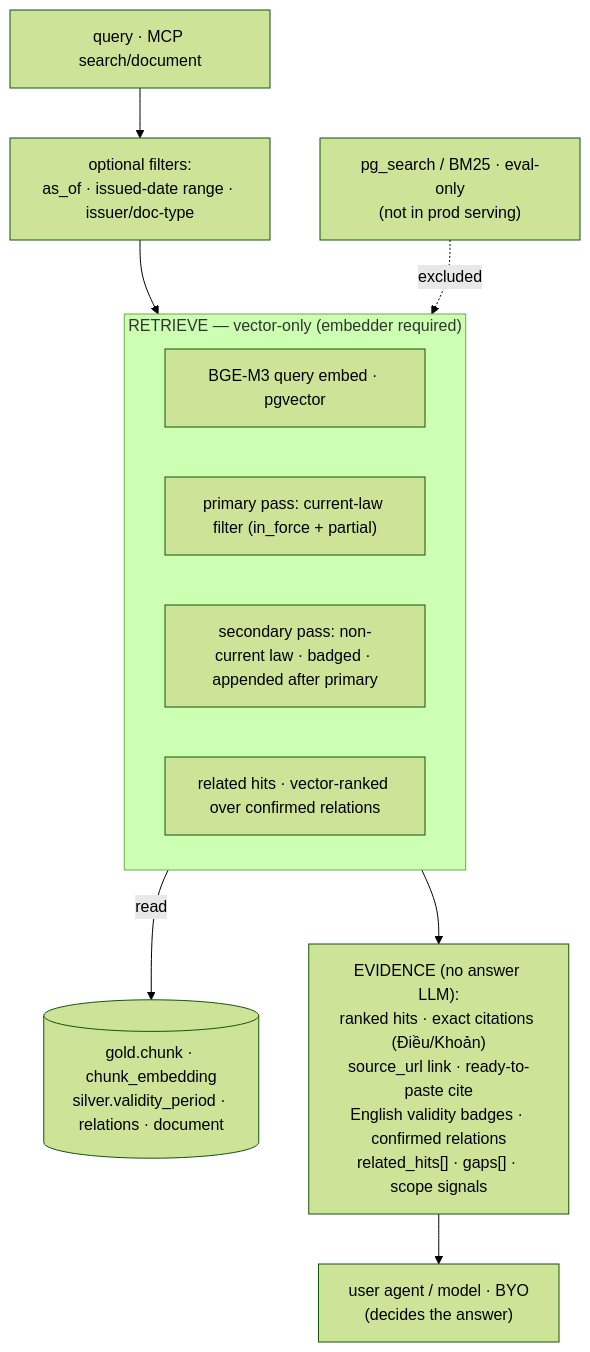
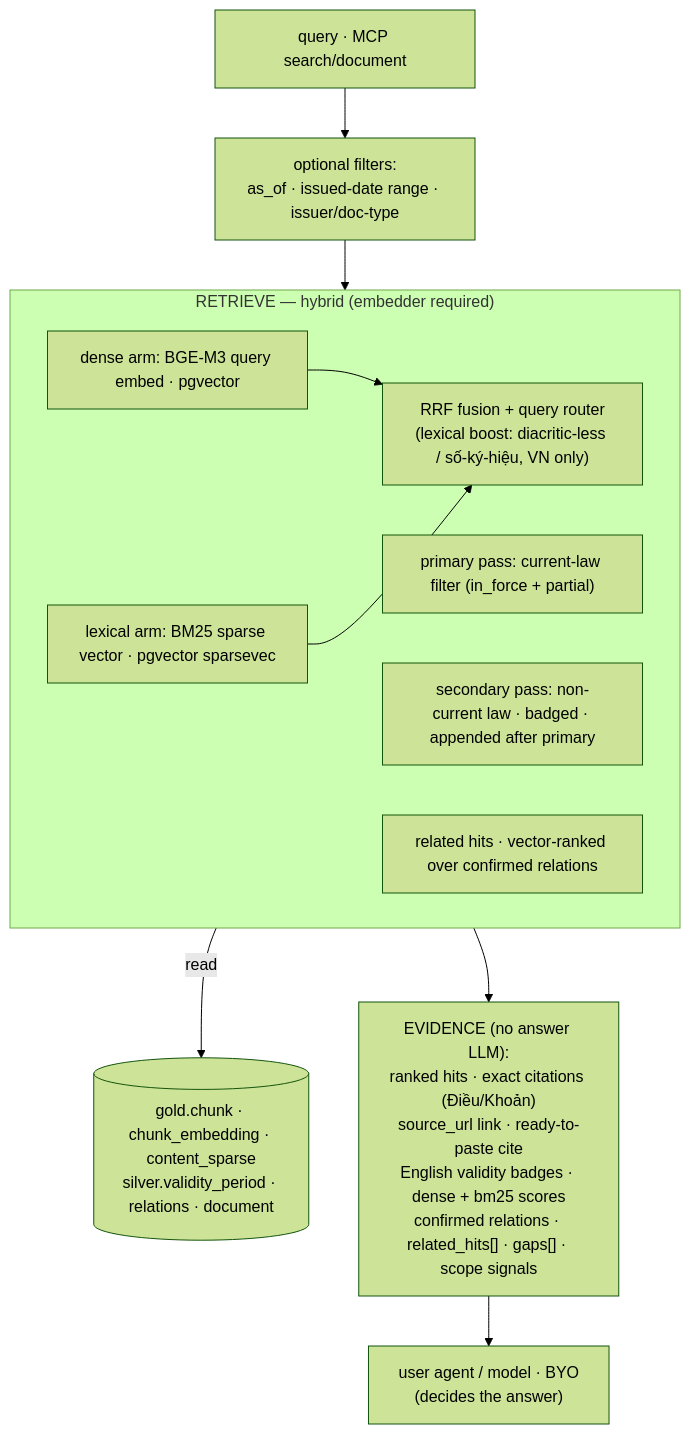
One commit to dannyota/banhmi changed the second of 2 diagrams in docs/design/PIPELINE.md. Above: the diagram before and after it, drawn with Mermaid (forest theme). The commit also changed other lines of this file and 8 other files, not shown here.

First line of the commit message:
docs: refresh design docs to current state — hybrid retrieval, no OVMS default, schema columns

````diff
--- a/docs/design/PIPELINE.md
+++ b/docs/design/PIPELINE.md
@@ -172,15 +173,18 @@
 ```mermaid
 graph TD
   Q["query · MCP search/document"] --> FILT["optional filters:<br/>as_of · issued-date range · issuer/doc-type"]
   FILT --> RET
-  subgraph RET["RETRIEVE — vector-only (embedder required)"]
-    VE["BGE-M3 query embed · pgvector"]
+  subgraph RET["RETRIEVE — hybrid (embedder required)"]
+    VE["dense arm: BGE-M3 query embed · pgvector"]
+    SP["lexical arm: BM25 sparse vector · pgvector sparsevec"]
+    RR["RRF fusion + query router<br/>(lexical boost: diacritic-less / số-ký-hiệu, VN only)"]
     PF["primary pass: current-law filter (in_force + partial)"]
     NC["secondary pass: non-current law · badged · appended after primary"]
     RL["related hits · vector-ranked over confirmed relations"]
+    VE --> RR
+    SP --> RR
   end
-  RET -->|read| G2[("gold.chunk · chunk_embedding<br/>silver.validity_period · relations · document")]
-  RET --> OUT["EVIDENCE (no answer LLM):<br/>ranked hits · exact citations (Điều/Khoản)<br/>source_url link · ready-to-paste cite<br/>English validity badges · confirmed relations<br/>related_hits[] · gaps[] · scope signals"]
+  RET -->|read| G2[("gold.chunk · chunk_embedding · content_sparse<br/>silver.validity_period · relations · document")]
+  RET --> OUT["EVIDENCE (no answer LLM):<br/>ranked hits · exact citations (Điều/Khoản)<br/>source_url link · ready-to-paste cite<br/>English validity badges · dense + bm25 scores<br/>confirmed relations · related_hits[] · gaps[] · scope signals"]
   OUT --> AGENT["user agent / model · BYO<br/>(decides the answer)"]
-  BM25["pg_search / BM25 · eval-only<br/>(not in prod serving)"] -. excluded .-> RET
 ```
````
